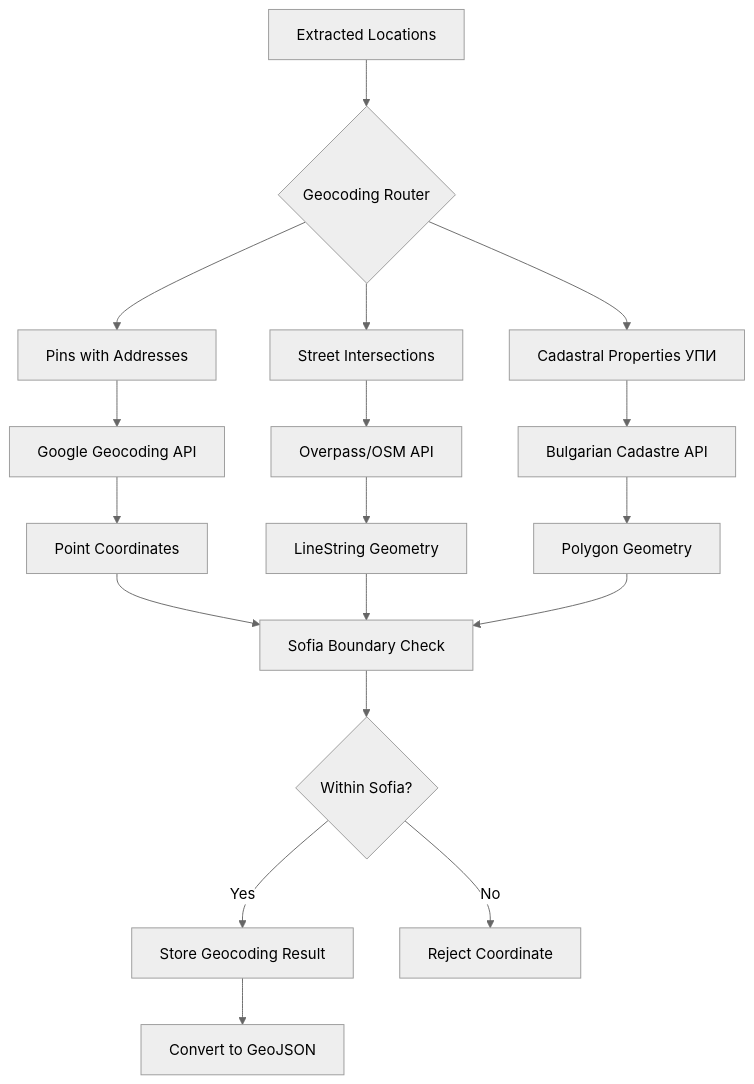
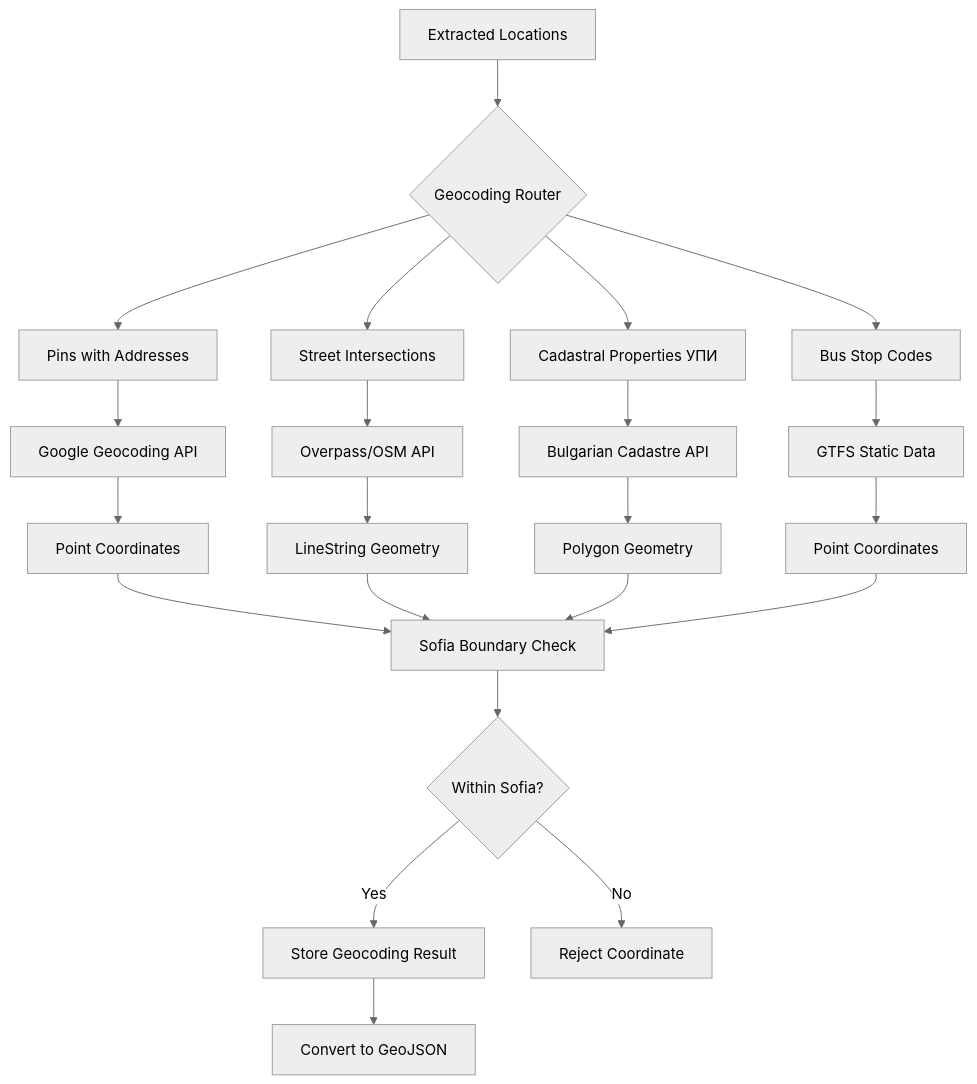
One commit to dxas90/oboapp changed the diagram in docs/features/geocoding-overview.md. Above: the diagram before and after it, drawn with Mermaid (neutral theme). The commit also changed other lines of this file and 18 other files, not shown here.

Commit message:
Add GTFS bus stops synchronization and geocoding

````diff
--- a/docs/features/geocoding-overview.md
+++ b/docs/features/geocoding-overview.md
@@ -15,25 +15,29 @@
 ```mermaid
 flowchart TD
     A[Extracted Locations] --> B{Geocoding Router}
     B --> C[Pins with Addresses]
     B --> D[Street Intersections]
     B --> E[Cadastral Properties УПИ]
+    B --> F[Bus Stop Codes]
 
-    C --> F[Google Geocoding API]
-    D --> G[Overpass/OSM API]
-    E --> H[Bulgarian Cadastre API]
+    C --> G[Google Geocoding API]
+    D --> H[Overpass/OSM API]
+    E --> I[Bulgarian Cadastre API]
+    F --> J[GTFS Static Data]
 
-    F --> I[Point Coordinates]
-    G --> J[LineString Geometry]
-    H --> K[Polygon Geometry]
+    G --> K[Point Coordinates]
+    H --> L[LineString Geometry]
+    I --> M[Polygon Geometry]
+    J --> N[Point Coordinates]
 
-    I --> L[Sofia Boundary Check]
-    J --> L
-    K --> L
+    K --> O[Sofia Boundary Check]
+    L --> O
+    M --> O
+    N --> O
 
-    L --> M{Within Sofia?}
-    M -->|Yes| N[Store Geocoding Result]
-    M -->|No| O[Reject Coordinate]
+    O --> P{Within Sofia?}
+    P -->|Yes| Q[Store Geocoding Result]
+    P -->|No| R[Reject Coordinate]
 
-    N --> P[Convert to GeoJSON]
+    Q --> S[Convert to GeoJSON]
 ```
````
